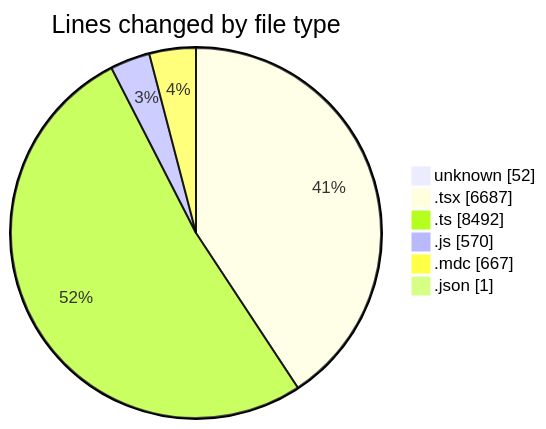
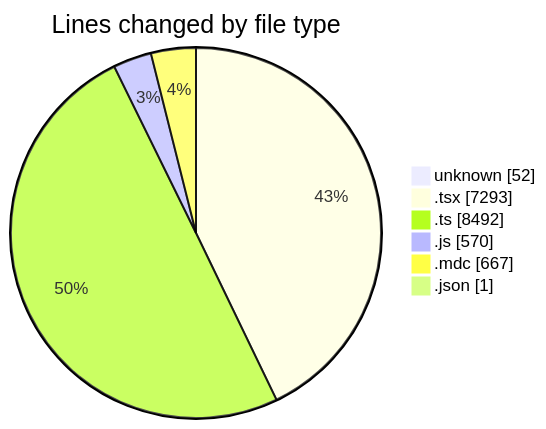
Before and after one commit to CELIANVF/code-tracking: the first of 2 diagrams in 2025-06-02/ecodeli-1/README.md, drawn with Mermaid. The commit also changed other lines of this file and 1 other file, not shown here.

````diff
--- a/2025-06-02/ecodeli-1/README.md
+++ b/2025-06-02/ecodeli-1/README.md
@@ -77,10 +78,10 @@
 ```mermaid
 pie showData
 title Lines changed by file type
 "unknown" : 52
-".tsx" : 6687
+".tsx" : 7293
 ".ts" : 8492
 ".js" : 570
 ".mdc" : 667
 ".json" : 1
 ```
````
